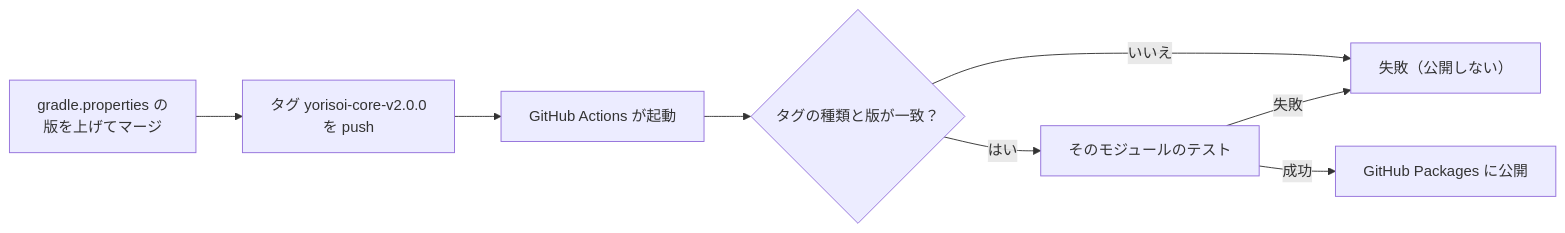
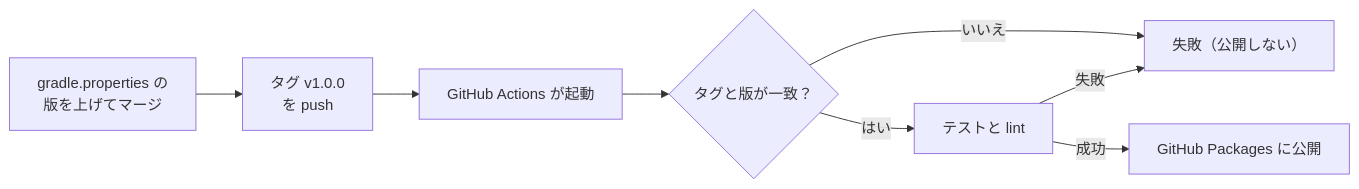
Before and after one commit to duwenji/yorisoi-tutorial: the diagram in 05-station-format/03-publish.md, drawn with Mermaid. The commit also changed other lines of this file and 47 other files, not shown here.

````diff
--- a/05-station-format/03-publish.md
+++ b/05-station-format/03-publish.md
@@ -209,10 +215,10 @@
 ```mermaid
 flowchart LR
-    A["gradle.properties の<br/>版を上げてマージ"] --> B["タグ yorisoi-core-v2.0.0<br/>を push"]
+    A["gradle.properties の<br/>版を上げてマージ"] --> B["タグ v1.0.0<br/>を push"]
     B --> C["GitHub Actions が起動"]
-    C --> D{"タグの種類と版が一致？"}
+    C --> D{"タグと版が一致？"}
     D -->|いいえ| X["失敗（公開しない）"]
-    D -->|はい| E["そのモジュールのテスト"]
+    D -->|はい| E["テストと lint"]
     E -->|失敗| X
     E -->|成功| F["GitHub Packages に公開"]
 ```
````
